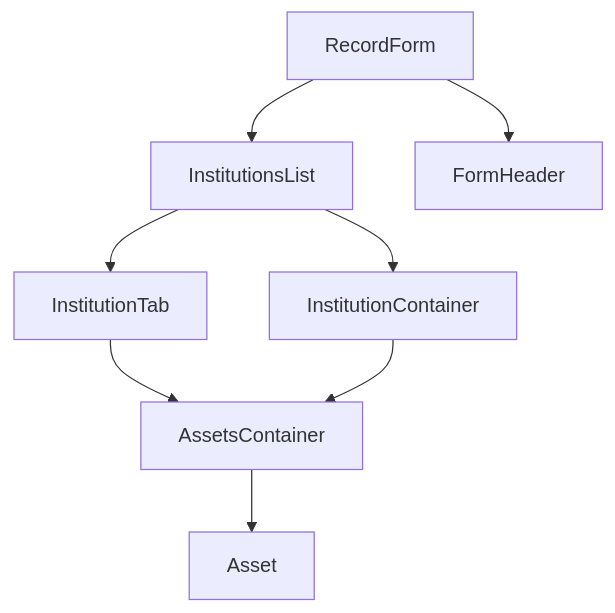
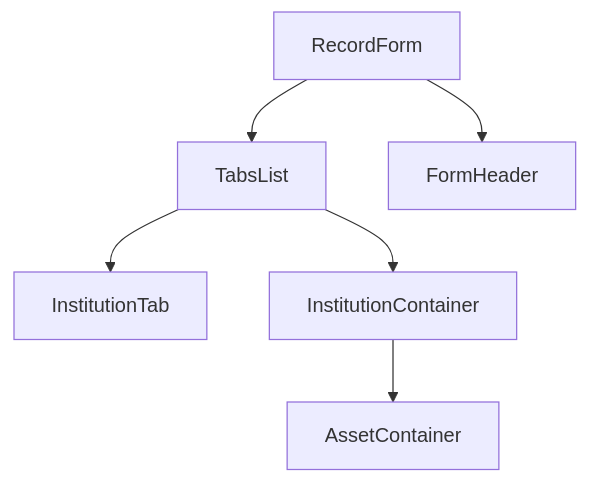
The diagram in docs/project-architecture.md (skorphil/nextjs-form), drawn with Mermaid before and after one commit. The commit also changed other lines of this file and 6 other files, not shown here.

````diff
--- a/docs/project-architecture.md
+++ b/docs/project-architecture.md
@@ -4,9 +4,9 @@
 ```mermaid
 flowchart TB
   RecordForm --> 
-  InstitutionsList & FormHeader
-  InstitutionsList --> 
-  InstitutionTab & InstitutionContainer --> 
-  AssetsContainer -->
-  Asset
+  TabsList & FormHeader
+  TabsList --> 
+  InstitutionTab & InstitutionContainer 
+  InstitutionContainer --> 
+  AssetContainer
 ```
````
